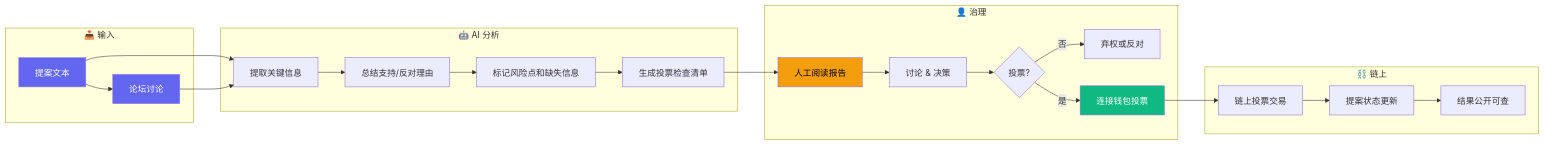
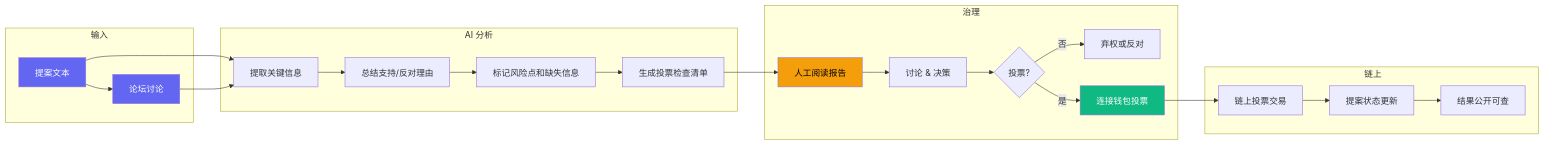
The third of 3 diagrams in AI×Web3交叉流程图.md (hwish39-byte/ai-web3-school-notes), drawn with Mermaid before and after one commit. The commit also changed other lines of this file and 9 other files, not shown here.

````diff
--- a/AI×Web3交叉流程图.md
+++ b/AI×Web3交叉流程图.md
@@ -88,33 +88,33 @@
 ```mermaid
 flowchart LR
-    subgraph INPUT["📥 输入"]
-        I1[提案文本] --> I2[论坛讨论]
-    end
+ subgraph INPUT[" 输入"]
+ I1[提案文本] --> I2[论坛讨论]
+ end
 
-    subgraph AI["🤖 AI 分析"]
-        I1 --> A1
-        I2 --> A1[提取关键信息]
-        A1 --> A2[总结支持/反对理由]
-        A2 --> A3[标记风险点和缺失信息]
-        A3 --> A4[生成投票检查清单]
-    end
+ subgraph AI[" AI 分析"]
+ I1 --> A1
+ I2 --> A1[提取关键信息]
+ A1 --> A2[总结支持/反对理由]
+ A2 --> A3[标记风险点和缺失信息]
+ A3 --> A4[生成投票检查清单]
+ end
 
-    subgraph HUMAN["👤 治理"]
-        A4 --> B1[人工阅读报告]
-        B1 --> B2[讨论 & 决策]
-        B2 --> B3{投票?}
-        B3 -- 否 --> B4[弃权或反对]
-        B3 -- 是 --> B5[连接钱包投票]
-    end
+ subgraph HUMAN[" 治理"]
+ A4 --> B1[人工阅读报告]
+ B1 --> B2[讨论 & 决策]
+ B2 --> B3{投票?}
+ B3 -- 否 --> B4[弃权或反对]
+ B3 -- 是 --> B5[连接钱包投票]
+ end
 
-    subgraph CHAIN["⛓️ 链上"]
-        B5 --> C1[链上投票交易]
-        C1 --> C2[提案状态更新]
-        C2 --> C3[结果公开可查]
-    end
+ subgraph CHAIN["️ 链上"]
+ B5 --> C1[链上投票交易]
+ C1 --> C2[提案状态更新]
+ C2 --> C3[结果公开可查]
+ end
 
-    style I1 fill:#6366f1,color:#fff
-    style I2 fill:#6366f1,color:#fff
-    style B1 fill:#f59e0b,color:#000
-    style B5 fill:#10b981,color:#fff
+ style I1 fill:#6366f1,color:#fff
+ style I2 fill:#6366f1,color:#fff
+ style B1 fill:#f59e0b,color:#000
+ style B5 fill:#10b981,color:#fff
 ```
````
